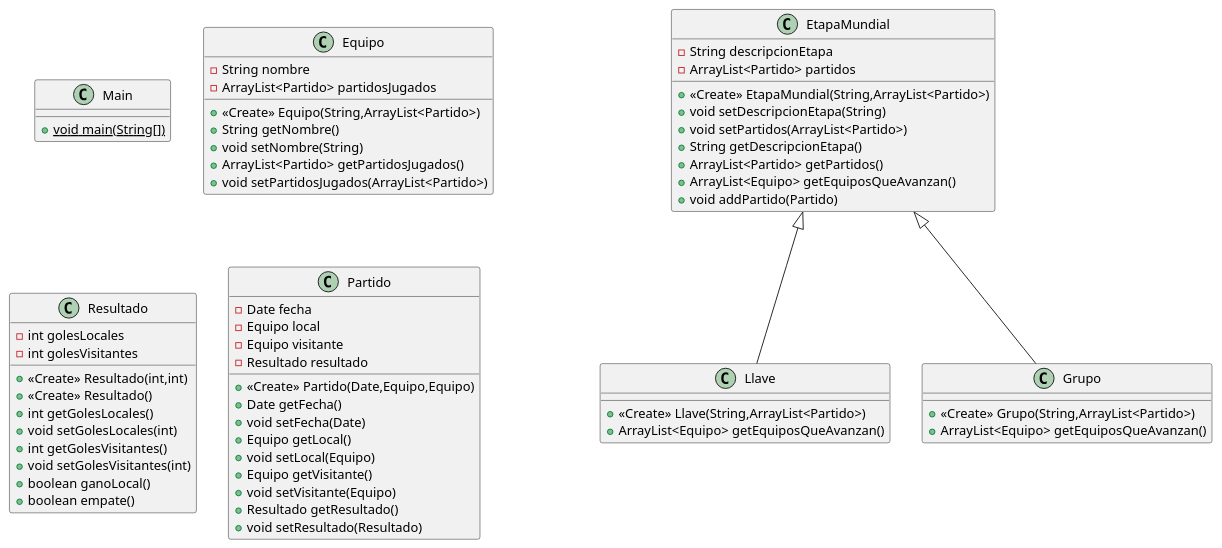
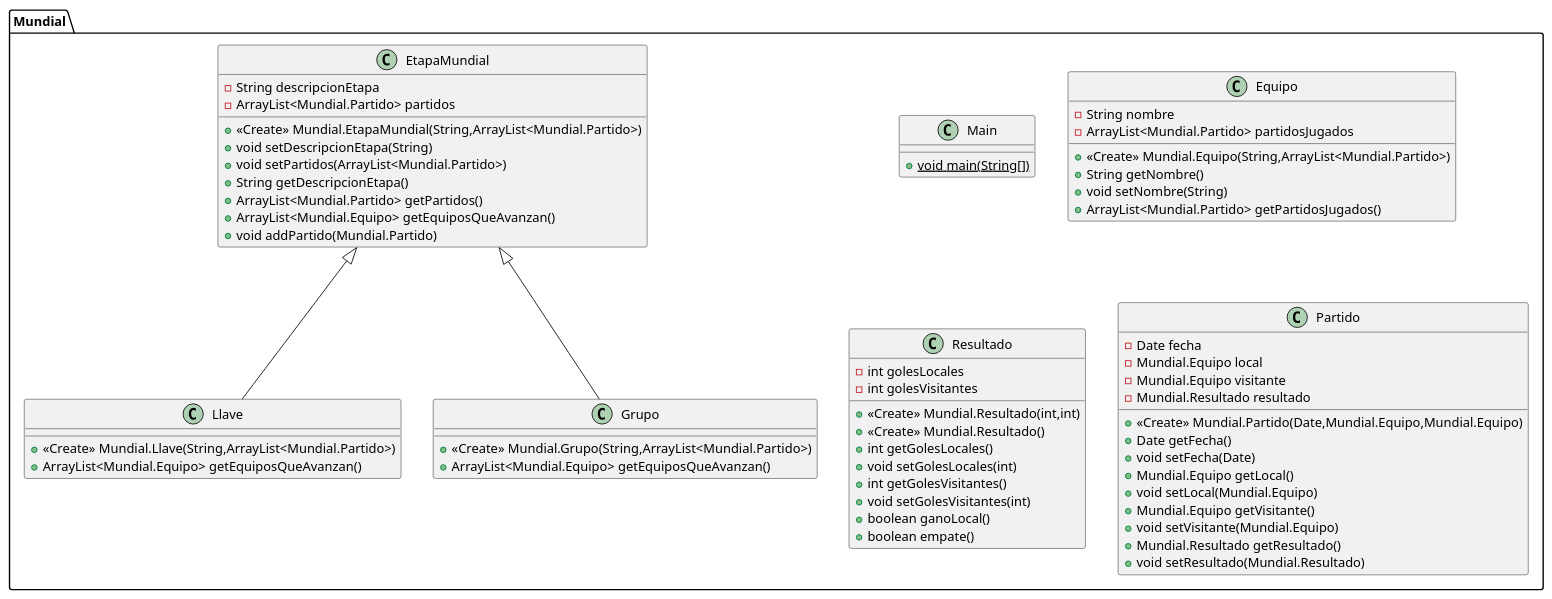
The diagram in Mundial.puml (GianniBaldizzone/TP_Integrador-de-la-materia), drawn with PlantUML before and after one commit. The commit also changed 12 other files, not shown here.

```diff
--- a/Mundial.puml
+++ b/Mundial.puml
@@ -1,64 +1,63 @@
 @startuml
-class Llave {
-+ <<Create>> Llave(String,ArrayList<Partido>)
-+ ArrayList<Equipo> getEquiposQueAvanzan()
+class Mundial.Llave {
++ <<Create>> Mundial.Llave(String,ArrayList<Mundial.Partido>)
++ ArrayList<Mundial.Equipo> getEquiposQueAvanzan()
 }
-class Main {
+class Mundial.Main {
 + {static} void main(String[])
 }
-class Equipo {
+class Mundial.Equipo {
 - String nombre
-- ArrayList<Partido> partidosJugados
-+ <<Create>> Equipo(String,ArrayList<Partido>)
+- ArrayList<Mundial.Partido> partidosJugados
++ <<Create>> Mundial.Equipo(String,ArrayList<Mundial.Partido>)
 + String getNombre()
 + void setNombre(String)
-+ ArrayList<Partido> getPartidosJugados()
-+ void setPartidosJugados(ArrayList<Partido>)
++ ArrayList<Mundial.Partido> getPartidosJugados()
 }
-class Resultado {
+class Mundial.Resultado {
 - int golesLocales
 - int golesVisitantes
-+ <<Create>> Resultado(int,int)
-+ <<Create>> Resultado()
++ <<Create>> Mundial.Resultado(int,int)
++ <<Create>> Mundial.Resultado()
 + int getGolesLocales()
 + void setGolesLocales(int)
 + int getGolesVisitantes()
 + void setGolesVisitantes(int)
 + boolean ganoLocal()
 + boolean empate()
 }
-class Grupo {
-+ <<Create>> Grupo(String,ArrayList<Partido>)
-+ ArrayList<Equipo> getEquiposQueAvanzan()
+class Mundial.Grupo {
++ <<Create>> Mundial.Grupo(String,ArrayList<Mundial.Partido>)
++ ArrayList<Mundial.Equipo> getEquiposQueAvanzan()
 }
-class Partido {
+class Mundial.Partido {
 - Date fecha
-- Equipo local
-- Equipo visitante
-- Resultado resultado
-+ <<Create>> Partido(Date,Equipo,Equipo)
+- Mundial.Equipo local
+- Mundial.Equipo visitante
+- Mundial.Resultado resultado
++ <<Create>> Mundial.Partido(Date,Mundial.Equipo,Mundial.Equipo)
 + Date getFecha()
 + void setFecha(Date)
-+ Equipo getLocal()
-+ void setLocal(Equipo)
-+ Equipo getVisitante()
-+ void setVisitante(Equipo)
-+ Resultado getResultado()
-+ void setResultado(Resultado)
++ Mundial.Equipo getLocal()
++ void setLocal(Mundial.Equipo)
++ Mundial.Equipo getVisitante()
++ void setVisitante(Mundial.Equipo)
++ Mundial.Resultado getResultado()
++ void setResultado(Mundial.Resultado)
 }
-class EtapaMundial {
+class Mundial.EtapaMundial {
 - String descripcionEtapa
-- ArrayList<Partido> partidos
-+ <<Create>> EtapaMundial(String,ArrayList<Partido>)
+- ArrayList<Mundial.Partido> partidos
++ <<Create>> Mundial.EtapaMundial(String,ArrayList<Mundial.Partido>)
 + void setDescripcionEtapa(String)
-+ void setPartidos(ArrayList<Partido>)
++ void setPartidos(ArrayList<Mundial.Partido>)
 + String getDescripcionEtapa()
-+ ArrayList<Partido> getPartidos()
-+ ArrayList<Equipo> getEquiposQueAvanzan()
-+ void addPartido(Partido)
++ ArrayList<Mundial.Partido> getPartidos()
++ ArrayList<Mundial.Equipo> getEquiposQueAvanzan()
++ void addPartido(Mundial.Partido)
 }
 
 
-EtapaMundial <|-- Llave
-EtapaMundial <|-- Grupo
+Mundial.EtapaMundial <|-- Mundial.Llave
+Mundial.EtapaMundial <|-- Mundial.Grupo
 @enduml
```
